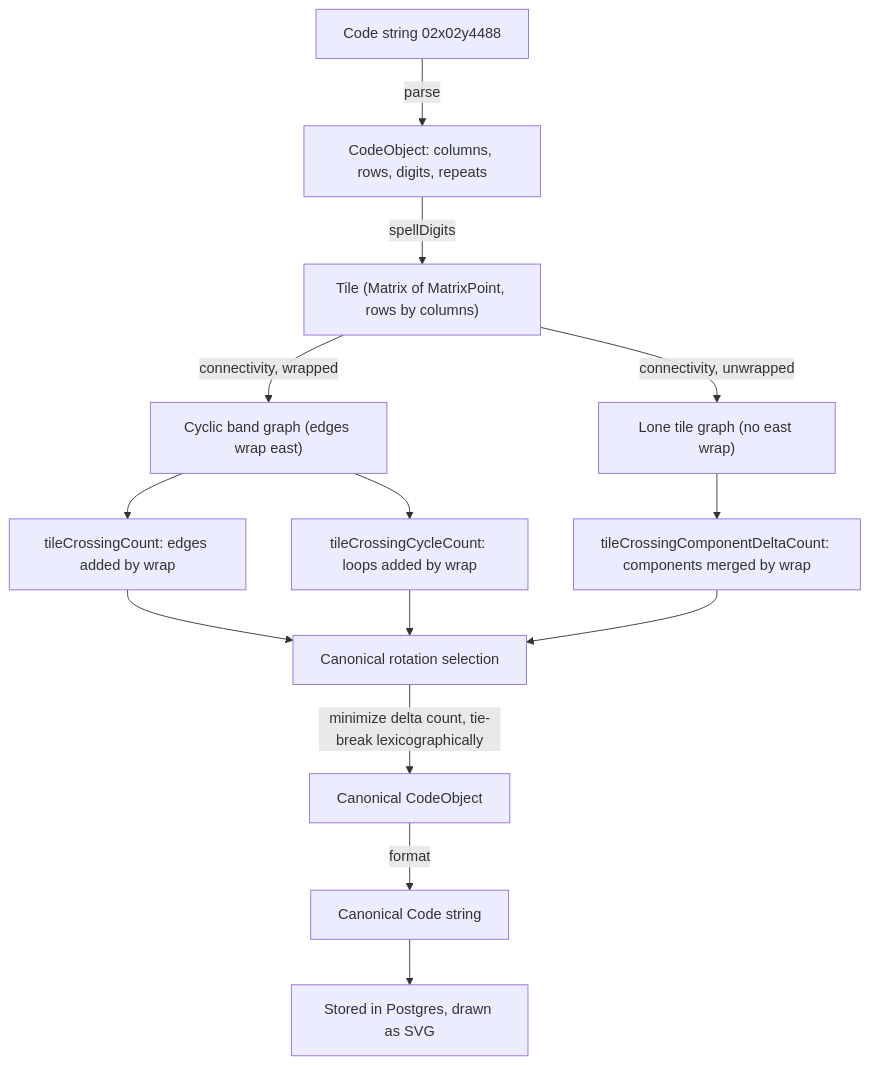
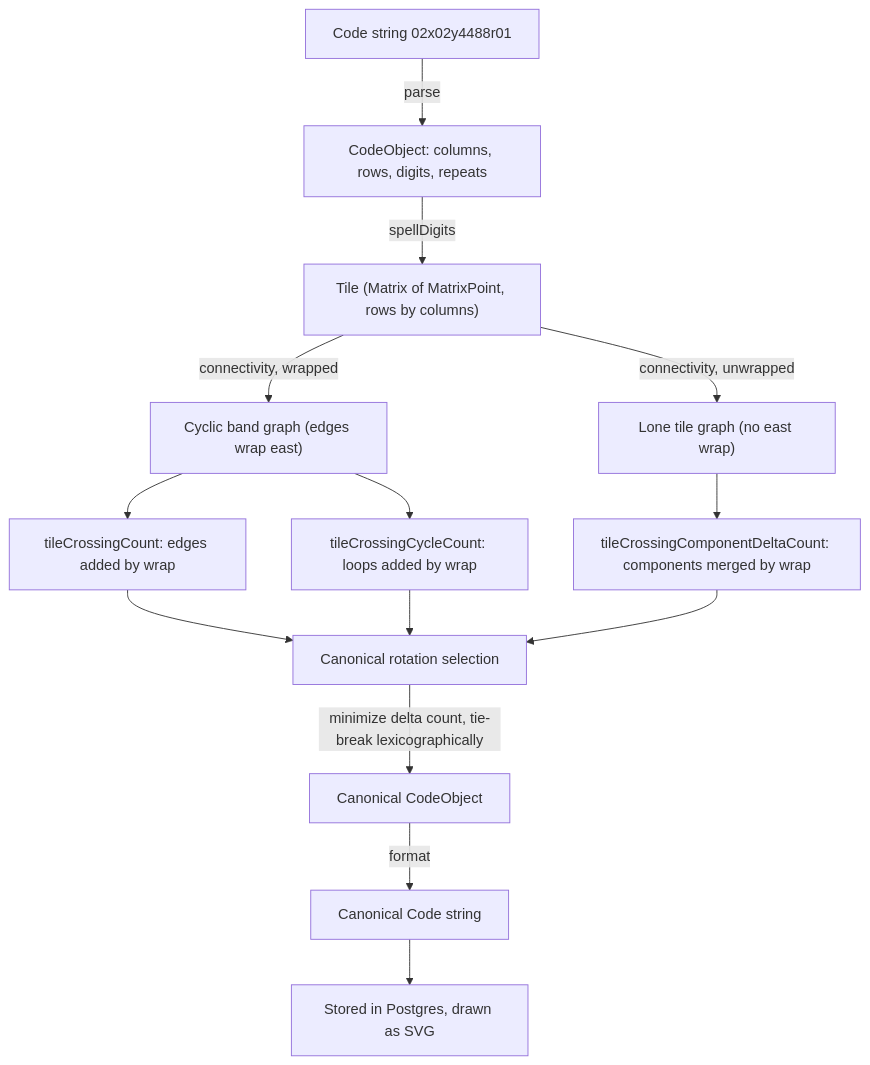
The fifth of 5 diagrams in documentation/openwiki/concepts/meander-theory.md (organizzolini/codebase), drawn with Mermaid before and after one commit. The commit also changed other lines of this file and 48 other files, not shown here.

````diff
--- a/documentation/openwiki/concepts/meander-theory.md
+++ b/documentation/openwiki/concepts/meander-theory.md
@@ -250,16 +336,16 @@
 ```mermaid
 flowchart TD
-    A["Code string 02x02y4488"] -->|parse| B["CodeObject: columns, rows, digits, repeats"]
+    A["Code string 02x02y4488r01"] -->|parse| B["CodeObject: columns, rows, digits, repeats"]
     B -->|spellDigits| C["Tile (Matrix of MatrixPoint, rows by columns)"]
     C -->|connectivity, wrapped| D["Cyclic band graph (edges wrap east)"]
     C -->|connectivity, unwrapped| E["Lone tile graph (no east wrap)"]
     D --> F["tileCrossingCount: edges added by wrap"]
     D --> G["tileCrossingCycleCount: loops added by wrap"]
     E --> H["tileCrossingComponentDeltaCount: components merged by wrap"]
     F --> I["Canonical rotation selection"]
     G --> I
     H --> I
     I -->|"minimize delta count, tie-break lexicographically"| J["Canonical CodeObject"]
     J -->|format| K["Canonical Code string"]
     K --> L["Stored in Postgres, drawn as SVG"]
 ```
````
